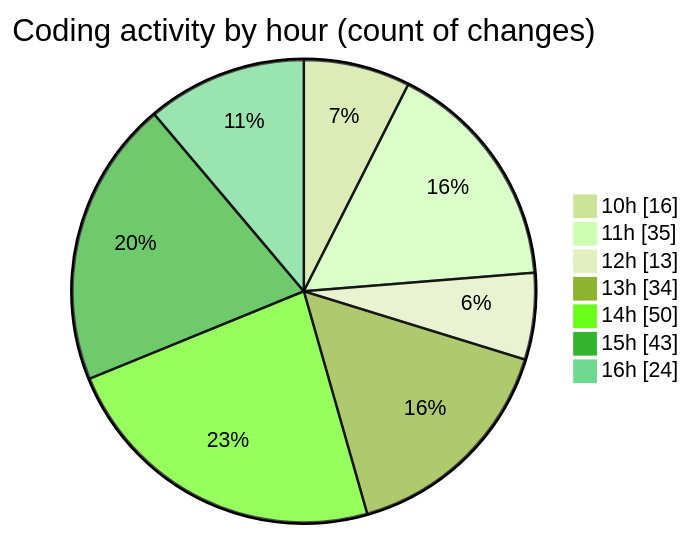
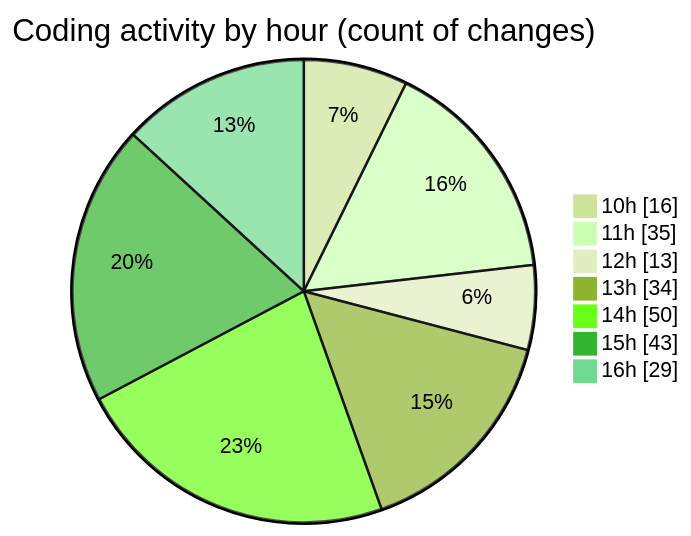
Before and after one commit to charlie-sans/code-tracking: the second of 2 diagrams in 2025-02-20/micros/README.md, drawn with Mermaid (forest theme). The commit also changed other lines of this file and 1 other file, not shown here.

````diff
--- a/2025-02-20/micros/README.md
+++ b/2025-02-20/micros/README.md
@@ -62,11 +64,11 @@
 ```mermaid
 pie showData
 title Coding activity by hour (count of changes)
 "10h" : 16
 "11h" : 35
 "12h" : 13
 "13h" : 34
 "14h" : 50
 "15h" : 43
-"16h" : 24
+"16h" : 29
 ```
````
